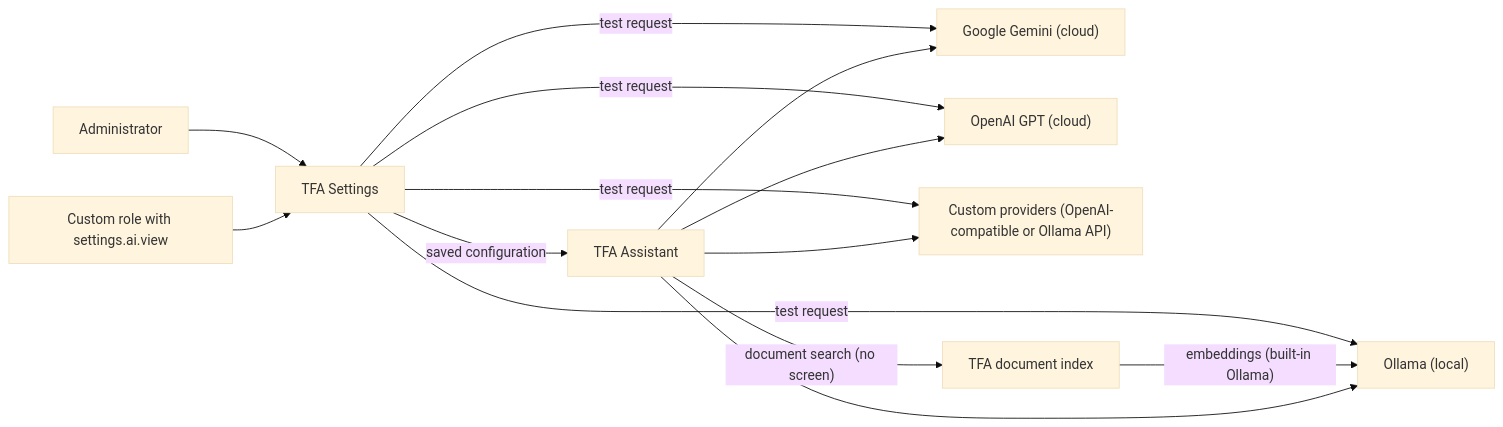
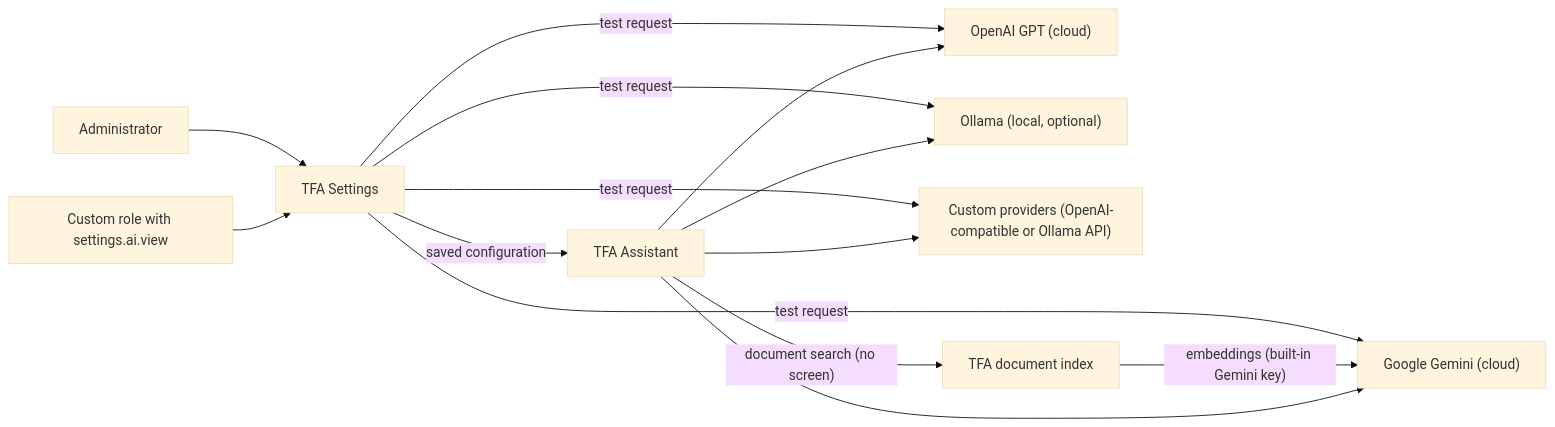
Before and after one commit to jojogeorge3344/TaskFlow-Project: the first of 7 diagrams in TF - Documents/TF - FRD/06-Settings/06.3-TFA-Settings/FRD-TFA-Settings.md, drawn with Mermaid (base theme). The commit also changed other lines of this file and 65 other files, not shown here.

````diff
--- a/TF - Documents/TF - FRD/06-Settings/06.3-TFA-Settings/FRD-TFA-Settings.md
+++ b/TF - Documents/TF - FRD/06-Settings/06.3-TFA-Settings/FRD-TFA-Settings.md
@@ -118,16 +118,16 @@
 ```mermaid
 flowchart LR
   U1["Administrator"] --> S["TFA Settings"]
   U2["Custom role with settings.ai.view"] --> S
   S -- "saved configuration" --> T["TFA Assistant"]
-  S -- "test request" --> O["Ollama (local)"]
   S -- "test request" --> G["Google Gemini (cloud)"]
   S -- "test request" --> P["OpenAI GPT (cloud)"]
+  S -- "test request" --> O["Ollama (local, optional)"]
   S -- "test request" --> C["Custom providers (OpenAI-compatible or Ollama API)"]
   T -- "document search (no screen)" --> D["TFA document index"]
-  D -- "embeddings (built-in Ollama)" --> O
+  D -- "embeddings (built-in Gemini key)" --> G
   T --> O
   T --> G
   T --> P
   T --> C
 ```
````
